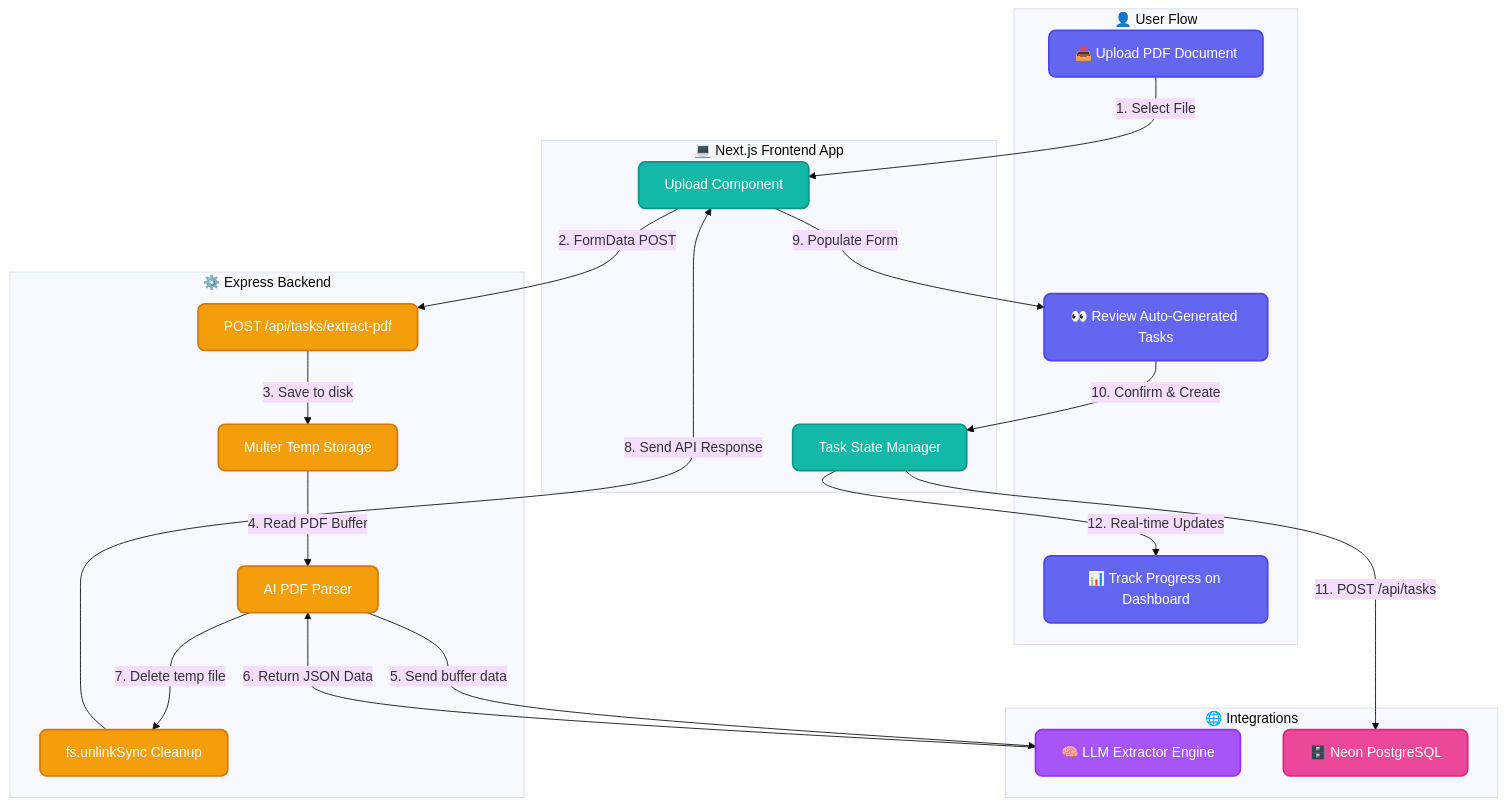
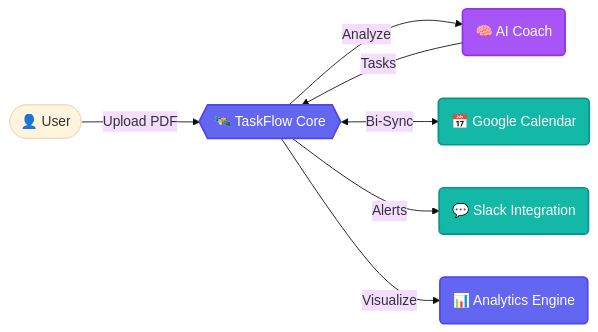
One commit to Saanvirajput/task-manager changed the diagram in README.md. Above: the diagram before and after it, drawn with Mermaid (base theme). The commit also changed other lines of this file and 7 other files, not shown here.

````diff
--- a/README.md
+++ b/README.md
@@ -23,48 +27,16 @@
 ```mermaid
-graph TD
-    classDef user fill:#6366f1,stroke:#4f46e5,color:#fff,stroke-width:2px,rx:8px,ry:8px;
-    classDef frontend fill:#14b8a6,stroke:#0d9488,color:#fff,stroke-width:2px,rx:8px,ry:8px;
-    classDef backend fill:#f59e0b,stroke:#d97706,color:#fff,stroke-width:2px,rx:8px,ry:8px;
-    classDef db fill:#ec4899,stroke:#db2777,color:#fff,stroke-width:2px,rx:8px,ry:8px;
-    classDef ai fill:#a855f7,stroke:#9333ea,color:#fff,stroke-width:2px,rx:8px,ry:8px;
+graph LR
+    classDef core fill:#6366f1,stroke:#4f46e5,color:#fff,stroke-width:2px;
+    classDef sync fill:#14b8a6,stroke:#0d9488,color:#fff,stroke-width:2px;
+    classDef ai fill:#a855f7,stroke:#9333ea,color:#fff,stroke-width:2px;
 
-    subgraph User["👤 User Flow"]
-        Upload[📤 Upload PDF Document]:::user
-        Review[👀 Review Auto-Generated Tasks]:::user
-        Dashboard[📊 Track Progress on Dashboard]:::user
-    end
-
-    subgraph Frontend["💻 Next.js Frontend App"]
-        UI[Upload Component]:::frontend
-        State[Task State Manager]:::frontend
-    end
-
-    subgraph Backend["⚙️ Express Backend"]
-        API[POST /api/tasks/extract-pdf]:::backend
-        Multer[Multer Temp Storage]:::backend
-        Parser[AI PDF Parser]:::backend
-        Delete[fs.unlinkSync Cleanup]:::backend
-    end
-
-    subgraph Storage["🌐 Integrations"]
-        Gemini[🧠 LLM Extractor Engine]:::ai
-        Neon[🗄️ Neon PostgreSQL]:::db
-    end
-
-    Upload -->|1. Select File| UI
-    UI -->|2. FormData POST| API
+    User([👤 User]) -->|Upload PDF| TaskFlow
+    TaskFlow{{"🛰️ TaskFlow Core"}}:::core
     
-    API -->|3. Save to disk| Multer
-    Multer -->|4. Read PDF Buffer| Parser
-    Parser -->|5. Send buffer data| Gemini
-    Gemini -->|6. Return JSON Data| Parser
+    TaskFlow -->|Analyze| Gemini(🧠 AI Coach):::ai
+    Gemini -->|Tasks| TaskFlow
     
-    Parser -->|7. Delete temp file| Delete
-    Delete -->|8. Send API Response| UI
-    
-    UI -->|9. Populate Form| Review
-    Review -->|10. Confirm & Create| State
-    
-    State -->|11. POST /api/tasks| Neon
-    State -->|12. Real-time Updates| Dashboard
+    TaskFlow <-->|Bi-Sync| GCal(📅 Google Calendar):::sync
+    TaskFlow -->|Alerts| Slack(💬 Slack Integration):::sync
+    TaskFlow -->|Visualize| Dashboard(📊 Analytics Engine):::core
 ```
````
